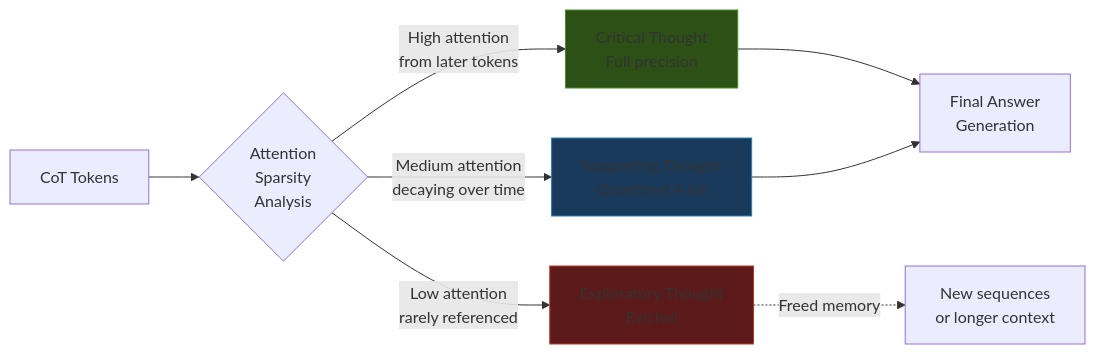
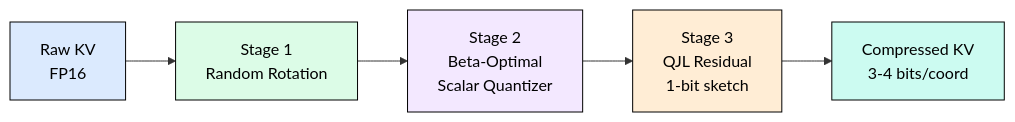
The second of 4 diagrams in content/05_optimization/04.2_turboquant/turboquant.md (harshuljain13/llm-inference-at-scale), drawn with Mermaid before and after one commit. The commit also changed other lines of this file and 89 other files, not shown here.

````diff
--- a/content/05_optimization/04.2_turboquant/turboquant.md
+++ b/content/05_optimization/04.2_turboquant/turboquant.md
@@ -416,15 +34,13 @@
 ```mermaid
-graph LR
-    A[CoT Tokens] --> B{Attention<br/>Sparsity<br/>Analysis}
-    B -->|High attention<br/>from later tokens| C[Critical Thought<br/>Full precision]
-    B -->|Medium attention<br/>decaying over time| D[Supporting Thought<br/>Quantized 4-bit]
-    B -->|Low attention<br/>rarely referenced| E[Exploratory Thought<br/>Evicted]
+flowchart LR
+    A[Raw KV<br/>FP16] --> B[Stage 1<br/>Random Rotation]
+    B --> C[Stage 2<br/>Beta-Optimal<br/>Scalar Quantizer]
+    C --> D[Stage 3<br/>QJL Residual<br/>1-bit sketch]
+    D --> E[Compressed KV<br/>3-4 bits/coord]
 
-    C --> F[Final Answer<br/>Generation]
-    D --> F
-    E -.->|Freed memory| G[New sequences<br/>or longer context]
-
-    style C fill:#2d5016,stroke:#4a8c2a
-    style D fill:#1a3a5c,stroke:#2980b9
-    style E fill:#5c1a1a,stroke:#c0392b
+    style A fill:#dbeafe,stroke:#000,color:#000
+    style B fill:#dcfce7,stroke:#000,color:#000
+    style C fill:#f3e8ff,stroke:#000,color:#000
+    style D fill:#ffedd5,stroke:#000,color:#000
+    style E fill:#ccfbf1,stroke:#000,color:#000
 ```
````
